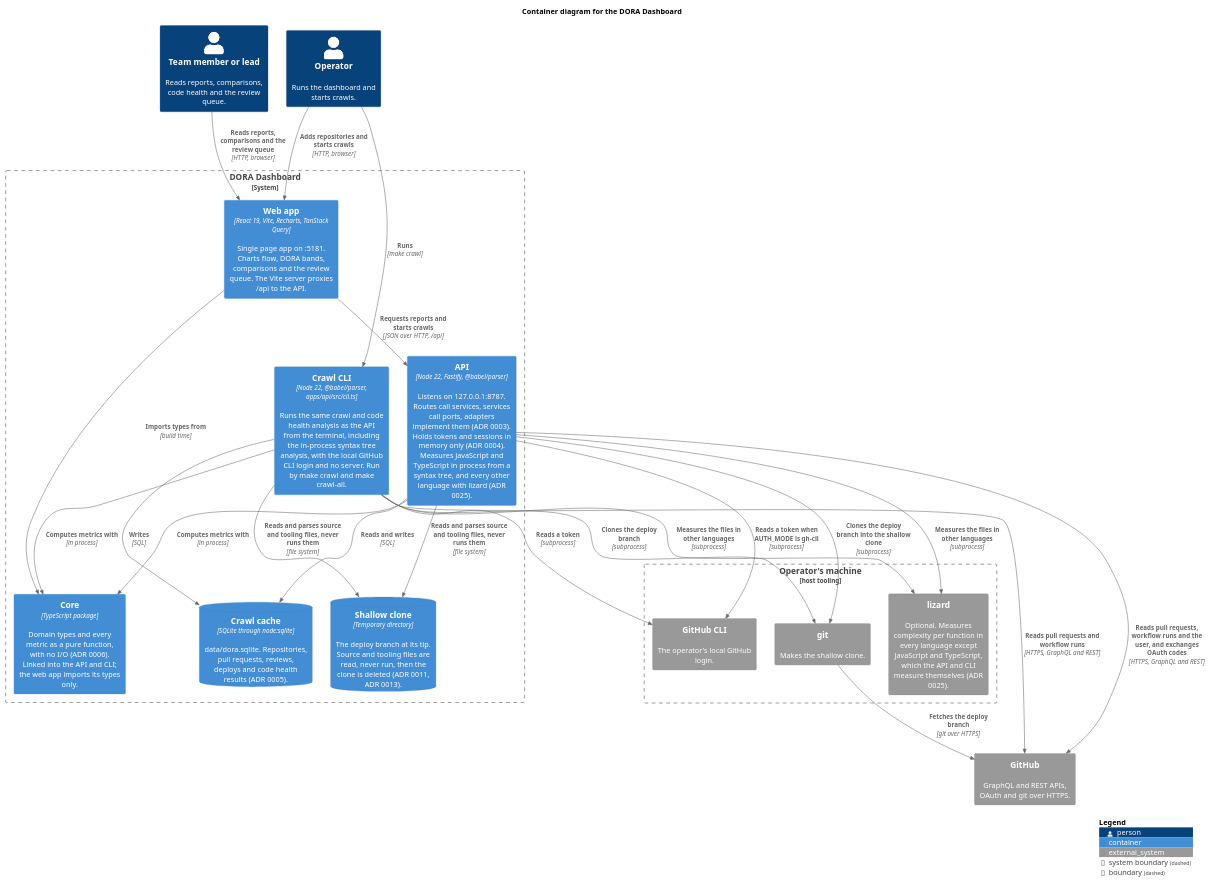
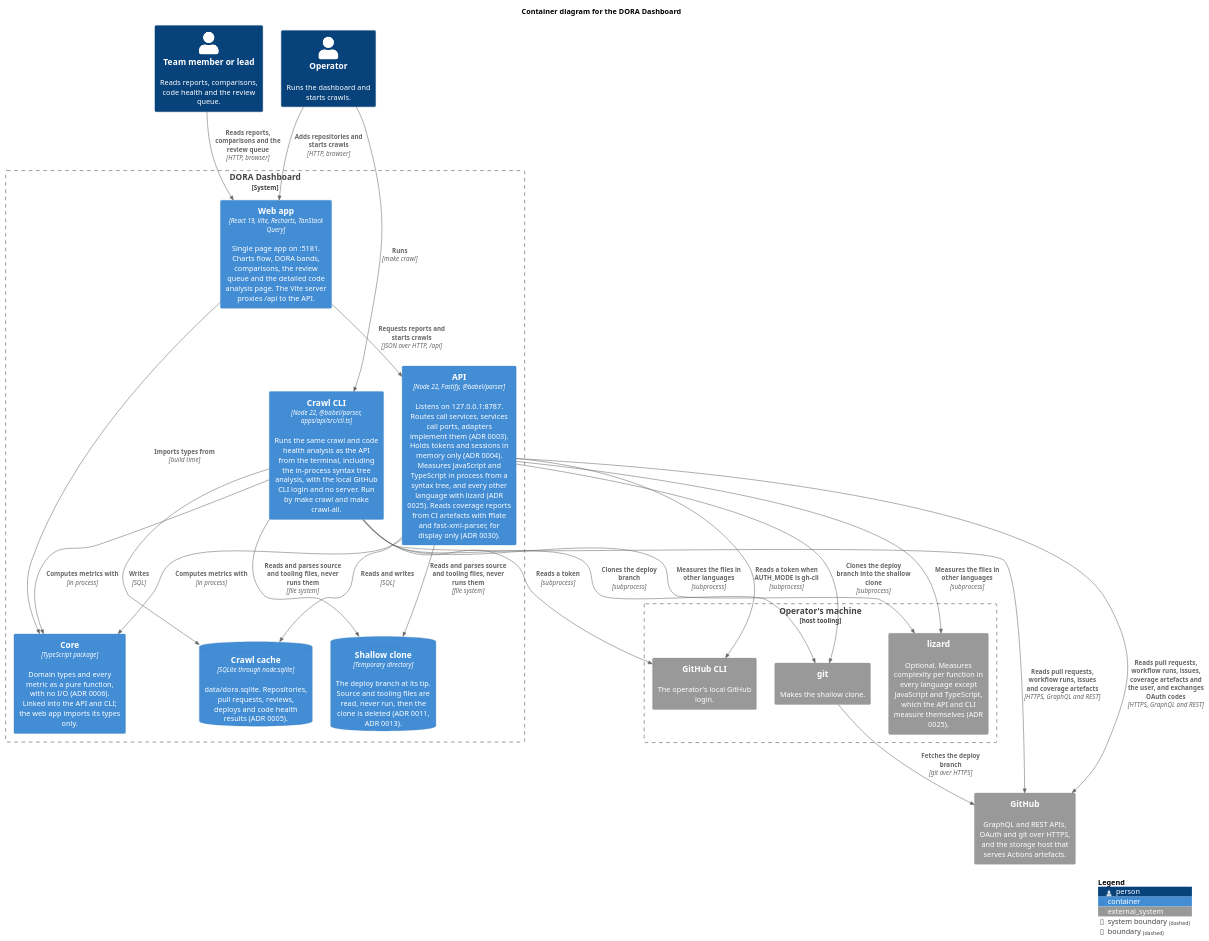
Before and after one commit to vfarah-if/dora-dashboard: the diagram in docs/diagrams/c4-container.puml, drawn with PlantUML. The commit also changed 81 other files, not shown here.

Commit message:
feat(code-analysis): implement code analysis

```diff
--- a/docs/diagrams/c4-container.puml
+++ b/docs/diagrams/c4-container.puml
@@ -1,62 +1,62 @@
 @startuml c4-container
 ' C4 level 2: the deployable parts of the DORA Dashboard and how they talk.
 ' Uses the C4-PlantUML library bundled with PlantUML, so it renders offline.
 !include <C4/C4_Container>
 
 LAYOUT_TOP_DOWN()
 LAYOUT_WITH_LEGEND()
 
 title Container diagram for the DORA Dashboard
 
 Person(reader, "Team member or lead", "Reads reports, comparisons, code health and the review queue.")
 Person(operator, "Operator", "Runs the dashboard and starts crawls.")
 
 System_Boundary(dashboard, "DORA Dashboard") {
-  Container(web, "Web app", "React 19, Vite, Recharts, TanStack Query", "Single page app on :5181. Charts flow, DORA bands, comparisons and the review queue. The Vite server proxies /api to the API.")
-  Container(api, "API", "Node 22, Fastify, @babel/parser", "Listens on 127.0.0.1:8787. Routes call services, services call ports, adapters implement them (ADR 0003). Holds tokens and sessions in memory only (ADR 0004). Measures JavaScript and TypeScript in process from a syntax tree, and every other language with lizard (ADR 0025).")
+  Container(web, "Web app", "React 19, Vite, Recharts, TanStack Query", "Single page app on :5181. Charts flow, DORA bands, comparisons, the review queue and the detailed code analysis page. The Vite server proxies /api to the API.")
+  Container(api, "API", "Node 22, Fastify, @babel/parser", "Listens on 127.0.0.1:8787. Routes call services, services call ports, adapters implement them (ADR 0003). Holds tokens and sessions in memory only (ADR 0004). Measures JavaScript and TypeScript in process from a syntax tree, and every other language with lizard (ADR 0025). Reads coverage reports from CI artefacts with fflate and fast-xml-parser, for display only (ADR 0030).")
   Container(cli, "Crawl CLI", "Node 22, @babel/parser, apps/api/src/cli.ts", "Runs the same crawl and code health analysis as the API from the terminal, including the in-process syntax tree analysis, with the local GitHub CLI login and no server. Run by make crawl and make crawl-all.")
   Container(core, "Core", "TypeScript package", "Domain types and every metric as a pure function, with no I/O (ADR 0006). Linked into the API and CLI; the web app imports its types only.")
   ContainerDb(db, "Crawl cache", "SQLite through node:sqlite", "data/dora.sqlite. Repositories, pull requests, reviews, deploys and code health results (ADR 0005).")
   ContainerDb(clone, "Shallow clone", "Temporary directory", "The deploy branch at its tip. Source and tooling files are read, never run, then the clone is deleted (ADR 0011, ADR 0013).")
 }
 
-System_Ext(github, "GitHub", "GraphQL and REST APIs, OAuth and git over HTTPS.")
+System_Ext(github, "GitHub", "GraphQL and REST APIs, OAuth and git over HTTPS, and the storage host that serves Actions artefacts.")
 
 Boundary(host, "Operator's machine", "host tooling") {
   System_Ext(ghcli, "GitHub CLI", "The operator's local GitHub login.")
   System_Ext(git, "git", "Makes the shallow clone.")
   System_Ext(lizard, "lizard", "Optional. Measures complexity per function in every language except JavaScript and TypeScript, which the API and CLI measure themselves (ADR 0025).")
 }
 
 Lay_R(reader, operator)
 Lay_R(web, cli)
 Lay_R(db, clone)
 Lay_R(ghcli, git)
 Lay_R(git, lizard)
 
 Rel(reader, web, "Reads reports, comparisons and the review queue", "HTTP, browser")
 Rel(operator, web, "Adds repositories and starts crawls", "HTTP, browser")
 Rel(operator, cli, "Runs", "make crawl")
 
 Rel(web, api, "Requests reports and starts crawls", "JSON over HTTP, /api")
 Rel(web, core, "Imports types from", "build time")
 
 Rel(api, core, "Computes metrics with", "in process")
 Rel(cli, core, "Computes metrics with", "in process")
 Rel(api, db, "Reads and writes", "SQL")
 Rel(cli, db, "Writes", "SQL")
 Rel(api, clone, "Reads and parses source and tooling files, never runs them", "file system")
 Rel(cli, clone, "Reads and parses source and tooling files, never runs them", "file system")
 
-Rel(api, github, "Reads pull requests, workflow runs and the user, and exchanges OAuth codes", "HTTPS, GraphQL and REST")
-Rel(cli, github, "Reads pull requests and workflow runs", "HTTPS, GraphQL and REST")
+Rel(api, github, "Reads pull requests, workflow runs, issues, coverage artefacts and the user, and exchanges OAuth codes", "HTTPS, GraphQL and REST")
+Rel(cli, github, "Reads pull requests, workflow runs, issues and coverage artefacts", "HTTPS, GraphQL and REST")
 Rel(api, ghcli, "Reads a token when AUTH_MODE is gh-cli", "subprocess")
 Rel(cli, ghcli, "Reads a token", "subprocess")
 Rel(api, git, "Clones the deploy branch into the shallow clone", "subprocess")
 Rel(cli, git, "Clones the deploy branch", "subprocess")
 Rel(api, lizard, "Measures the files in other languages", "subprocess")
 Rel(cli, lizard, "Measures the files in other languages", "subprocess")
 Rel(git, github, "Fetches the deploy branch", "git over HTTPS")
 
 SHOW_LEGEND()
 @enduml
```
